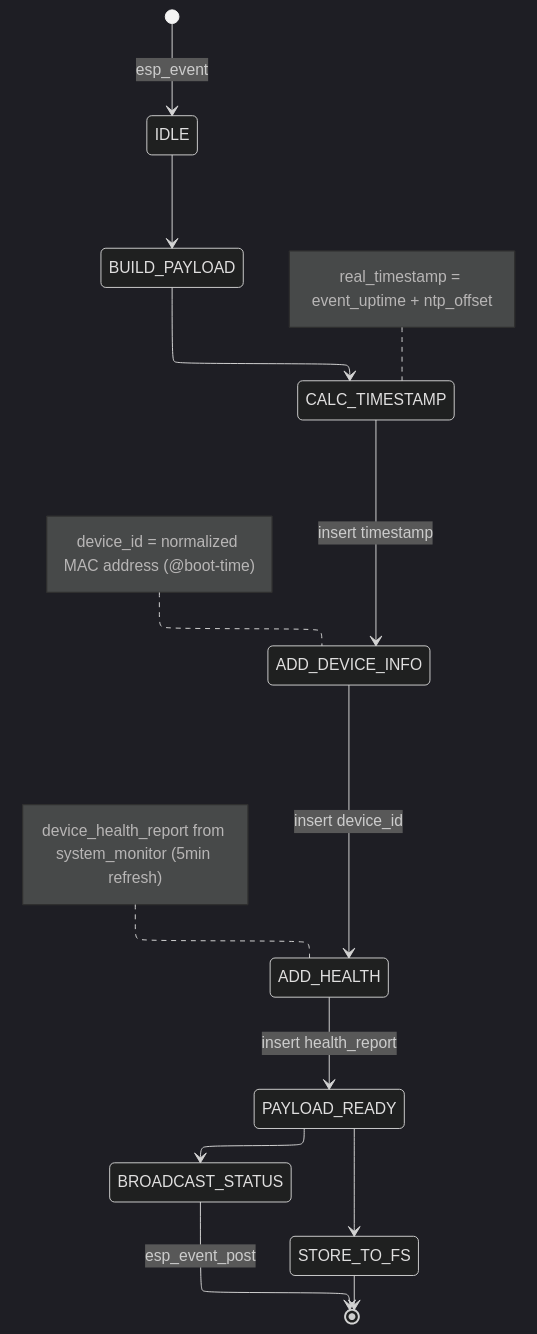
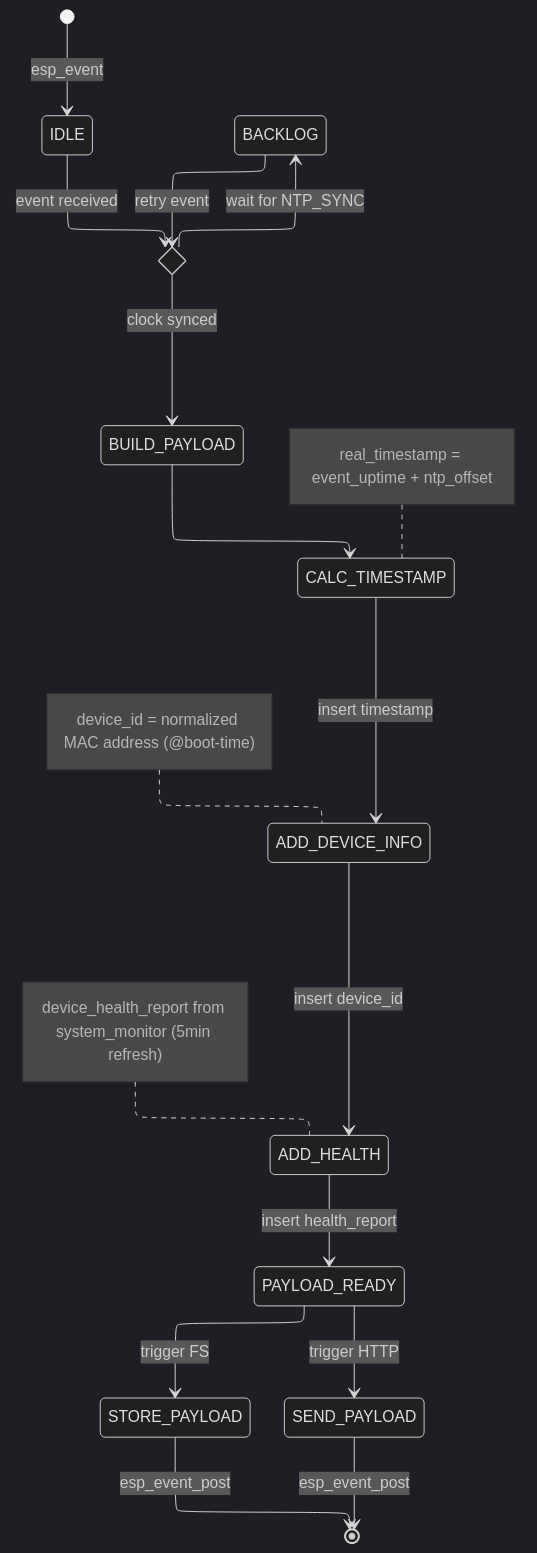
The diagram in docs/constitution/process_maps/13_payload_fsm.mmd (nicolasdb/time-tracker-device), drawn with Mermaid (dark theme) before and after one commit. The commit also changed 19 other files, not shown here.

```diff
--- a/docs/constitution/process_maps/13_payload_fsm.mmd
+++ b/docs/constitution/process_maps/13_payload_fsm.mmd
@@ -1,32 +1,37 @@
 ---
 config:
-  layout: elk
+  layout: elk  
+  look: classic
 ---
 stateDiagram-v2
   direction TB
     [*] --> IDLE :esp_event
     
-    IDLE --> BUILD_PAYLOAD 
-    
+    state S1 <<choice>>
+    IDLE --> S1:event received
+    S1 --> BUILD_PAYLOAD : clock synced
+    S1 --> BACKLOG: wait for NTP_SYNC
+    BACKLOG --> S1 : retry event
+
     BUILD_PAYLOAD --> CALC_TIMESTAMP
     CALC_TIMESTAMP --> ADD_DEVICE_INFO : insert timestamp
     ADD_DEVICE_INFO --> ADD_HEALTH : insert device_id
  
     ADD_HEALTH --> PAYLOAD_READY : insert health_report  
 
-    PAYLOAD_READY --> STORE_TO_FS
-    PAYLOAD_READY --> BROADCAST_STATUS
-    STORE_TO_FS --> [*]
-    BROADCAST_STATUS --> [*] :esp_event_post
+    PAYLOAD_READY --> STORE_PAYLOAD : trigger FS
+    PAYLOAD_READY --> SEND_PAYLOAD : trigger HTTP
+    STORE_PAYLOAD --> [*]:esp_event_post
+    SEND_PAYLOAD --> [*] :esp_event_post
     
     note left of CALC_TIMESTAMP
         real_timestamp = event_uptime + ntp_offset
     end note
     
     note left of ADD_DEVICE_INFO
         device_id = normalized MAC address (@boot-time)
     end note
 
     note left of ADD_HEALTH
         device_health_report from system_monitor (5min refresh)
     end note
```
